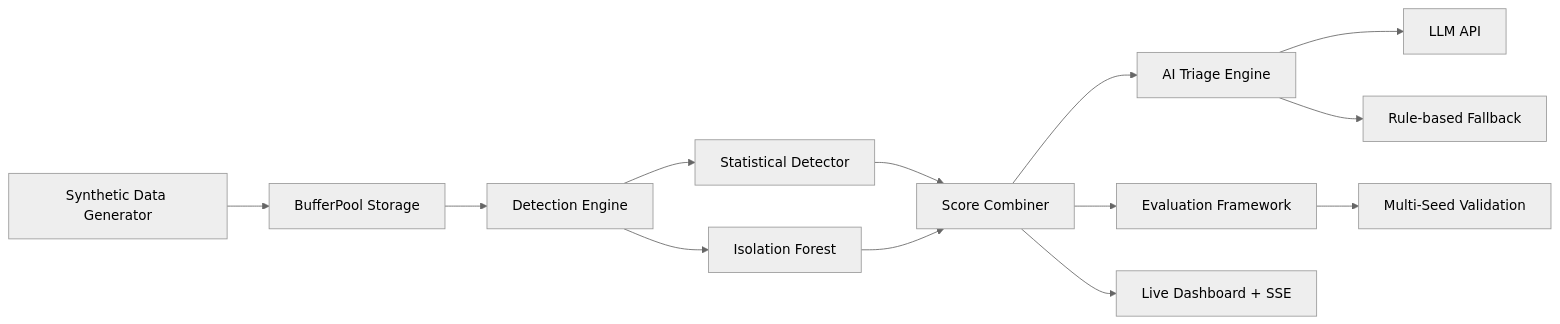
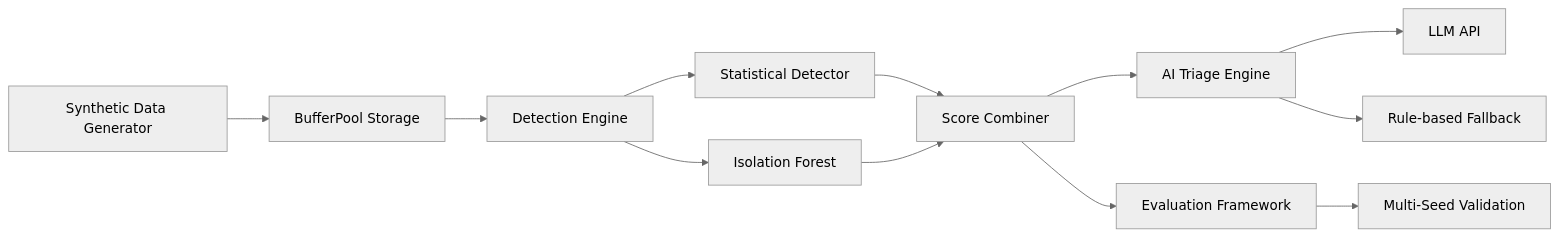
Before and after one commit to Samriddha9619/risk_ledger: the diagram in README.md, drawn with Mermaid (neutral theme). The commit also changed other lines of this file and 5 other files, not shown here.

````diff
--- a/README.md
+++ b/README.md
@@ -74,15 +78,14 @@
 ```mermaid
 graph LR
     A[Synthetic Data Generator] --> B[BufferPool Storage]
     B --> C[Detection Engine]
     C --> D[Statistical Detector]
     C --> E[Isolation Forest]
     D --> F[Score Combiner]
     E --> F
     F --> G[AI Triage Engine]
     G --> H[LLM API]
     G --> I[Rule-based Fallback]
     F --> J[Evaluation Framework]
     J --> K[Multi-Seed Validation]
-    F --> L[Live Dashboard + SSE]
 ```
````
